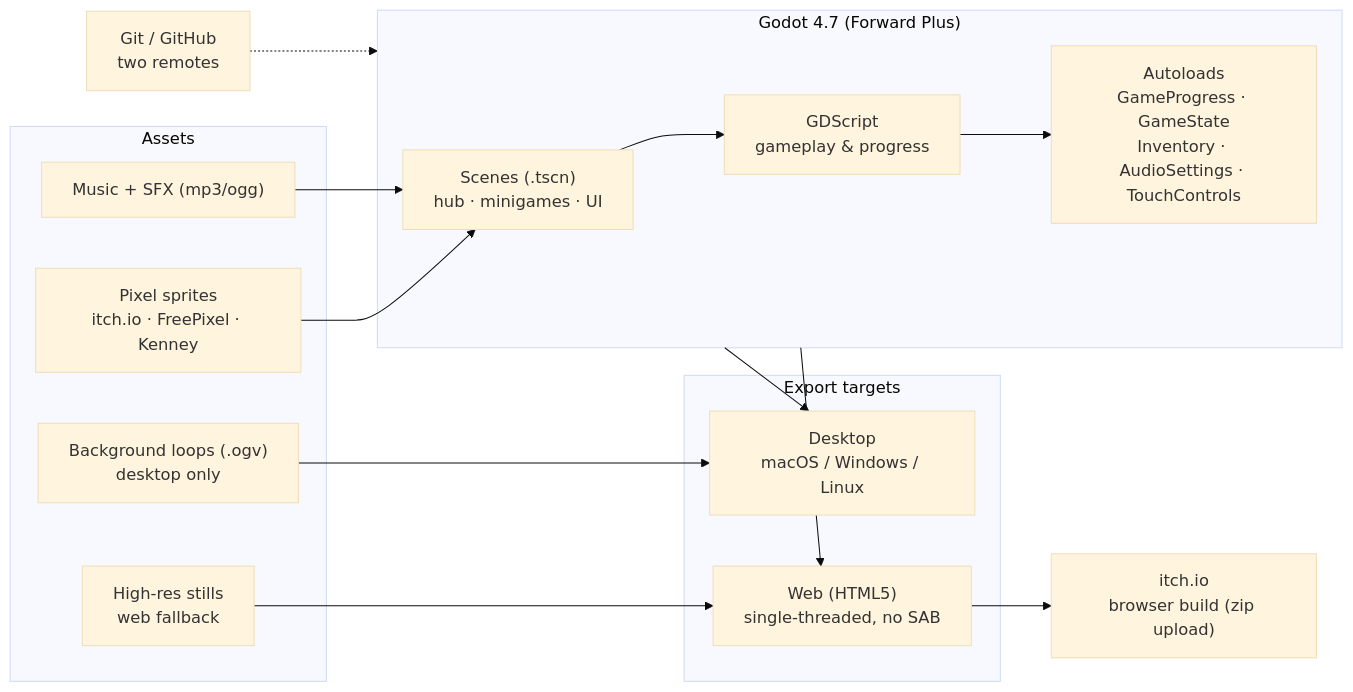
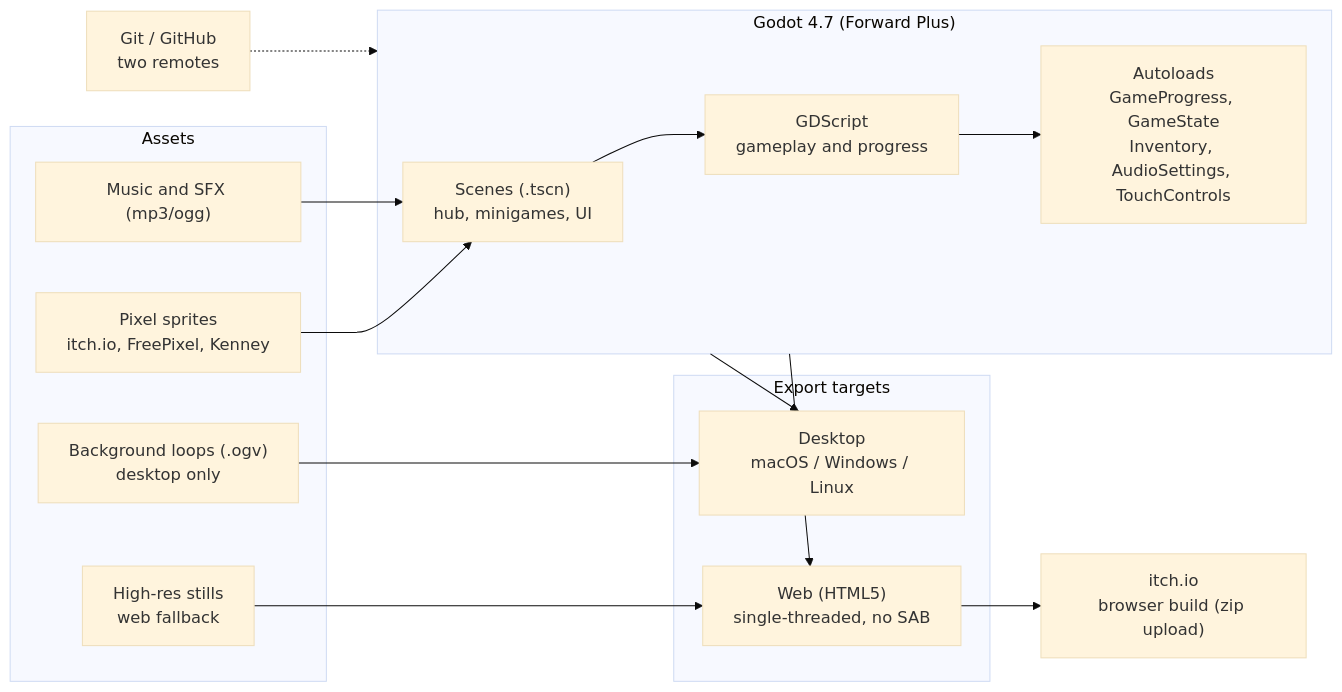
The second of 2 diagrams in README.md (isaksmith/BananaGenesisGameJam2026), drawn with Mermaid (base theme) before and after one commit. The commit also changed other lines of this file, not shown here.

````diff
--- a/README.md
+++ b/README.md
@@ -84,31 +95,31 @@
 ```mermaid
 flowchart LR
     subgraph Engine["Godot 4.7 (Forward Plus)"]
-        Scenes["Scenes (.tscn)<br/>hub · minigames · UI"]
-        Scripts["GDScript<br/>gameplay & progress"]
-        Autoloads["Autoloads<br/>GameProgress · GameState<br/>Inventory · AudioSettings · TouchControls"]
+        Scenes["Scenes (.tscn)<br/>hub, minigames, UI"]
+        Scripts["GDScript<br/>gameplay and progress"]
+        Autoloads["Autoloads<br/>GameProgress, GameState<br/>Inventory, AudioSettings, TouchControls"]
     end
 
     subgraph Assets["Assets"]
-        Sprites["Pixel sprites<br/>itch.io · FreePixel · Kenney"]
-        Audio["Music + SFX (mp3/ogg)"]
+        Sprites["Pixel sprites<br/>itch.io, FreePixel, Kenney"]
+        Audio["Music and SFX (mp3/ogg)"]
         Video["Background loops (.ogv)<br/>desktop only"]
         Stills["High-res stills<br/>web fallback"]
     end
 
     subgraph Export["Export targets"]
         Desktop["Desktop<br/>macOS / Windows / Linux"]
         Web["Web (HTML5)<br/>single-threaded, no SAB"]
     end
 
     Scenes --> Scripts --> Autoloads
     Sprites --> Scenes
     Audio --> Scenes
     Video --> Desktop
     Stills --> Web
 
     Engine --> Desktop
     Engine --> Web
     Web --> Itch["itch.io<br/>browser build (zip upload)"]
     Git["Git / GitHub<br/>two remotes"] -.-> Engine
 ```
````
